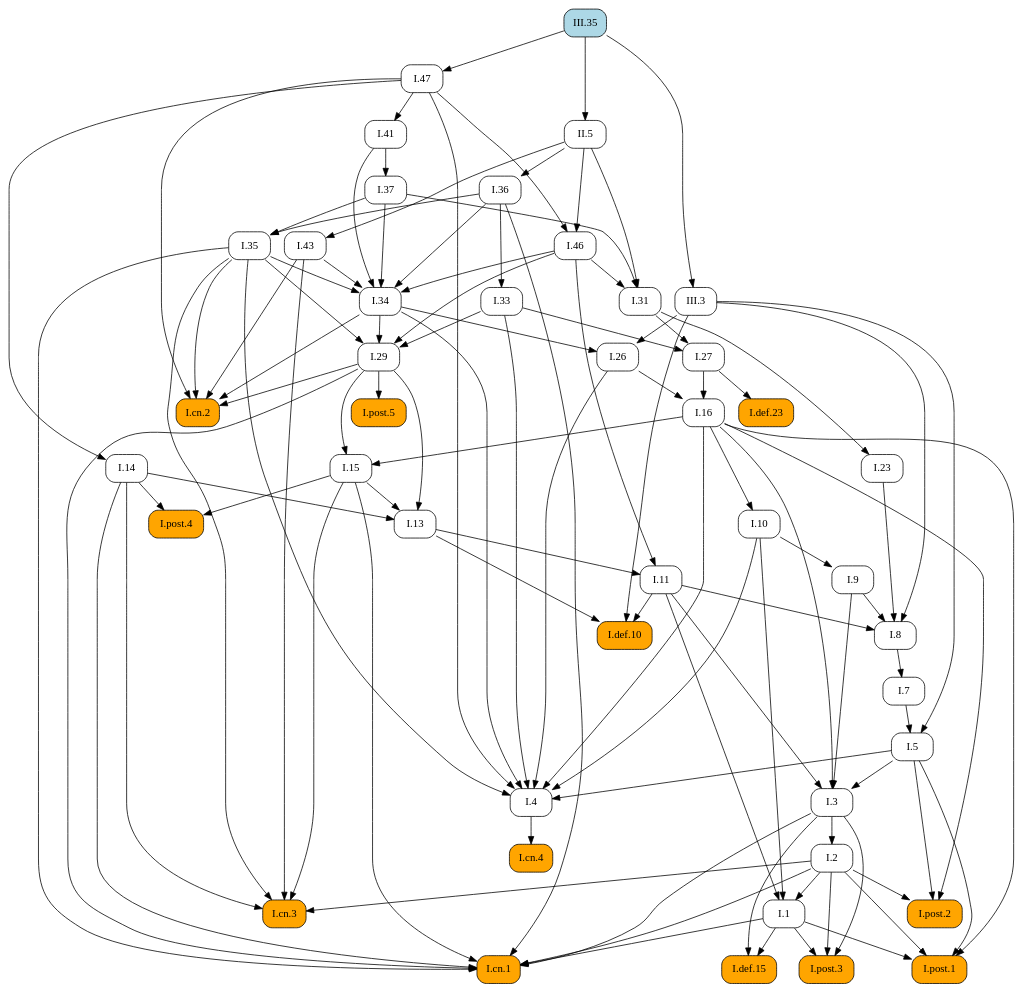
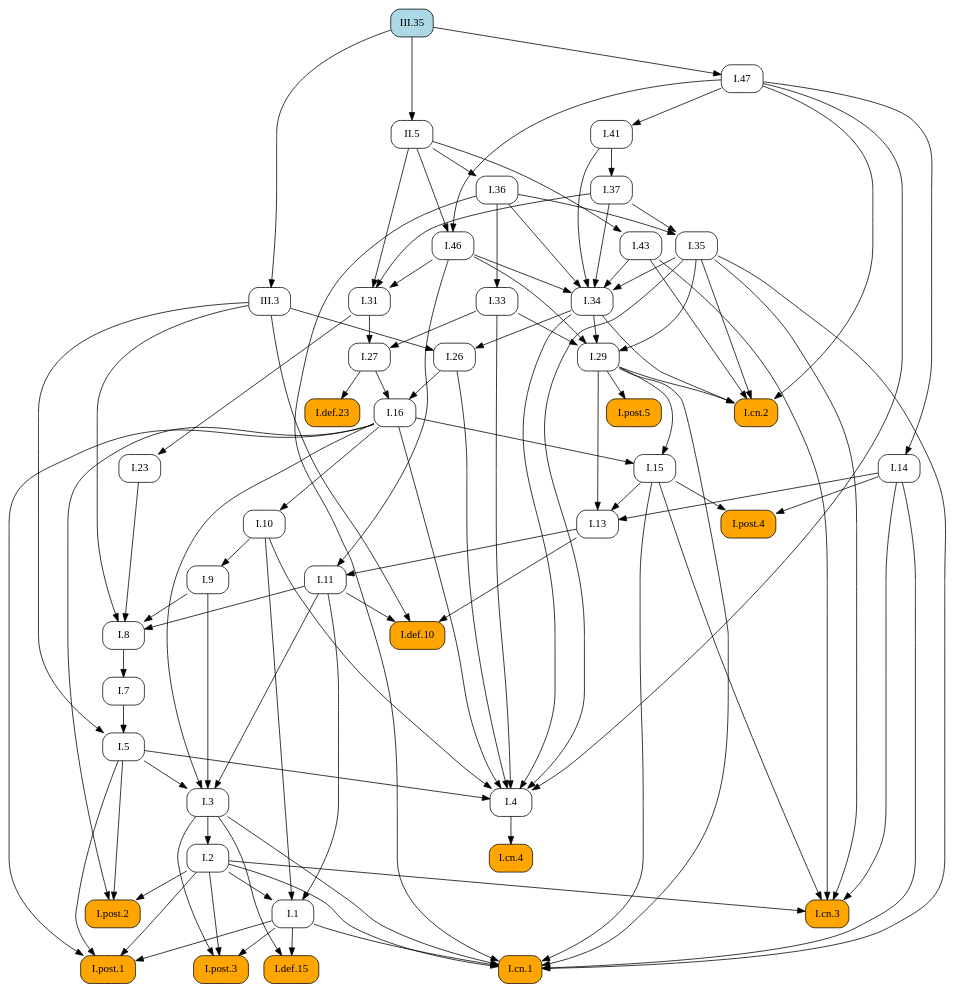
The diagram in docsrc/elements2/III/35/index.rst (geometor/elements), drawn with Graphviz before and after one commit. The commit also changed other lines of this file and 171 other files, not shown here.

```diff
--- a/docsrc/elements2/III/35/index.rst
+++ b/docsrc/elements2/III/35/index.rst
@@ -62,88 +62,131 @@
    digraph {
      rankdir="TB";
      node [shape=box, style=rounded];
+     "I.8" [URL="/elements2/I/8/", target="_top"];
+     "I.46" [URL="/elements2/I/46/", target="_top"];
+     "I.36" [URL="/elements2/I/36/", target="_top"];
+     "I.47" [URL="/elements2/I/47/", target="_top"];
+     "I.14" [URL="/elements2/I/14/", target="_top"];
+     "I.post.1" [style="rounded,filled", fillcolor=orange, URL="/elements2/I/post.1/", target="_top"];
+     "I.33" [URL="/elements2/I/33/", target="_top"];
+     "I.5" [URL="/elements2/I/5/", target="_top"];
+     "I.post.5" [style="rounded,filled", fillcolor=orange, URL="/elements2/I/post.5/", target="_top"];
+     "I.def.10" [style="rounded,filled", fillcolor=orange, URL="/elements2/I/def.10/", target="_top"];
+     "III.3" [URL="/elements2/III/3/", target="_top"];
+     "I.cn.2" [style="rounded,filled", fillcolor=orange, URL="/elements2/I/cn.2/", target="_top"];
+     "I.def.15" [style="rounded,filled", fillcolor=orange, URL="/elements2/I/def.15/", target="_top"];
+     "I.31" [URL="/elements2/I/31/", target="_top"];
+     "I.11" [URL="/elements2/I/11/", target="_top"];
+     "I.43" [URL="/elements2/I/43/", target="_top"];
+     "I.3" [URL="/elements2/I/3/", target="_top"];
+     "I.post.2" [style="rounded,filled", fillcolor=orange, URL="/elements2/I/post.2/", target="_top"];
+     "I.def.23" [style="rounded,filled", fillcolor=orange, URL="/elements2/I/def.23/", target="_top"];
+     "I.26" [URL="/elements2/I/26/", target="_top"];
+     "III.35" [style="rounded,filled", fillcolor=lightblue, URL="/elements2/III/35/", target="_top"];
+     "I.cn.3" [style="rounded,filled", fillcolor=orange, URL="/elements2/I/cn.3/", target="_top"];
+     "I.cn.4" [style="rounded,filled", fillcolor=orange, URL="/elements2/I/cn.4/", target="_top"];
+     "I.1" [URL="/elements2/I/1/", target="_top"];
+     "I.7" [URL="/elements2/I/7/", target="_top"];
+     "I.9" [URL="/elements2/I/9/", target="_top"];
+     "II.5" [URL="/elements2/II/5/", target="_top"];
+     "I.cn.1" [style="rounded,filled", fillcolor=orange, URL="/elements2/I/cn.1/", target="_top"];
+     "I.29" [URL="/elements2/I/29/", target="_top"];
+     "I.post.4" [style="rounded,filled", fillcolor=orange, URL="/elements2/I/post.4/", target="_top"];
+     "I.16" [URL="/elements2/I/16/", target="_top"];
+     "I.13" [URL="/elements2/I/13/", target="_top"];
+     "I.41" [URL="/elements2/I/41/", target="_top"];
+     "I.35" [URL="/elements2/I/35/", target="_top"];
+     "I.2" [URL="/elements2/I/2/", target="_top"];
      "I.37" [URL="/elements2/I/37/", target="_top"];
-     "I.def.10" [style="rounded,filled", fillcolor=orange, URL="/elements2/I/def.10/", target="_top"];
-     "I.46" [URL="/elements2/I/46/", target="_top"];
-     "I.47" [URL="/elements2/I/47/", target="_top"];
+     "I.27" [URL="/elements2/I/27/", target="_top"];
+     "I.4" [URL="/elements2/I/4/", target="_top"];
+     "I.10" [URL="/elements2/I/10/", target="_top"];
+     "I.15" [URL="/elements2/I/15/", target="_top"];
      "I.34" [URL="/elements2/I/34/", target="_top"];
-     "I.cn.4" [style="rounded,filled", fillcolor=orange, URL="/elements2/I/cn.4/", target="_top"];
-     "I.def.15" [style="rounded,filled", fillcolor=orange, URL="/elements2/I/def.15/", target="_top"];
+     "I.23" [URL="/elements2/I/23/", target="_top"];
      "I.post.3" [style="rounded,filled", fillcolor=orange, URL="/elements2/I/post.3/", target="_top"];
-     "I.41" [URL="/elements2/I/41/", target="_top"];
-     "I.36" [URL="/elements2/I/36/", target="_top"];
-     "I.27" [URL="/elements2/I/27/", target="_top"];
-     "III.35" [style="rounded,filled", fillcolor=lightblue, URL="/elements2/III/35/", target="_top"];
-     "I.post.2" [style="rounded,filled", fillcolor=orange, URL="/elements2/I/post.2/", target="_top"];
-     "I.13" [URL="/elements2/I/13/", target="_top"];
-     "I.10" [URL="/elements2/I/10/", target="_top"];
-     "I.post.1" [style="rounded,filled", fillcolor=orange, URL="/elements2/I/post.1/", target="_top"];
-     "I.7" [URL="/elements2/I/7/", target="_top"];
-     "I.14" [URL="/elements2/I/14/", target="_top"];
-     "I.11" [URL="/elements2/I/11/", target="_top"];
-     "II.5" [URL="/elements2/II/5/", target="_top"];
-     "I.4" [URL="/elements2/I/4/", target="_top"];
-     "I.16" [URL="/elements2/I/16/", target="_top"];
-     "I.def.23" [style="rounded,filled", fillcolor=orange, URL="/elements2/I/def.23/", target="_top"];
-     "I.9" [URL="/elements2/I/9/", target="_top"];
-     "I.8" [URL="/elements2/I/8/", target="_top"];
-     "I.cn.2" [style="rounded,filled", fillcolor=orange, URL="/elements2/I/cn.2/", target="_top"];
-     "I.23" [URL="/elements2/I/23/", target="_top"];
-     "I.26" [URL="/elements2/I/26/", target="_top"];
-     "I.15" [URL="/elements2/I/15/", target="_top"];
-     "I.post.5" [style="rounded,filled", fillcolor=orange, URL="/elements2/I/post.5/", target="_top"];
-     "I.2" [URL="/elements2/I/2/", target="_top"];
-     "I.1" [URL="/elements2/I/1/", target="_top"];
-     "I.35" [URL="/elements2/I/35/", target="_top"];
-     "III.3" [URL="/elements2/III/3/", target="_top"];
-     "I.43" [URL="/elements2/I/43/", target="_top"];
-     "I.33" [URL="/elements2/I/33/", target="_top"];
-     "I.31" [URL="/elements2/I/31/", target="_top"];
-     "I.post.4" [style="rounded,filled", fillcolor=orange, URL="/elements2/I/post.4/", target="_top"];
-     "I.cn.1" [style="rounded,filled", fillcolor=orange, URL="/elements2/I/cn.1/", target="_top"];
-     "I.3" [URL="/elements2/I/3/", target="_top"];
-     "I.cn.3" [style="rounded,filled", fillcolor=orange, URL="/elements2/I/cn.3/", target="_top"];
-     "I.29" [URL="/elements2/I/29/", target="_top"];
-     "I.5" [URL="/elements2/I/5/", target="_top"];
-     "I.41" -> "I.37";
-     "I.11" -> "I.def.10";
-     "I.13" -> "I.def.10";
-     "III.3" -> "I.def.10";
+     "I.9" -> "I.8";
+     "I.11" -> "I.8";
+     "I.23" -> "I.8";
+     "III.3" -> "I.8";
      "I.47" -> "I.46";
      "II.5" -> "I.46";
+     "II.5" -> "I.36";
      "III.35" -> "I.47";
-     "I.35" -> "I.34";
-     "I.36" -> "I.34";
-     "I.37" -> "I.34";
-     "I.41" -> "I.34";
-     "I.43" -> "I.34";
-     "I.46" -> "I.34";
-     "I.4" -> "I.cn.4";
-     "I.1" -> "I.def.15";
-     "I.3" -> "I.def.15";
-     "I.1" -> "I.post.3";
-     "I.2" -> "I.post.3";
-     "I.3" -> "I.post.3";
-     "I.47" -> "I.41";
-     "II.5" -> "I.36";
-     "I.31" -> "I.27";
-     "I.33" -> "I.27";
-     "I.2" -> "I.post.2";
-     "I.5" -> "I.post.2";
-     "I.16" -> "I.post.2";
-     "I.14" -> "I.13";
-     "I.15" -> "I.13";
-     "I.29" -> "I.13";
-     "I.16" -> "I.10";
+     "I.47" -> "I.14";
      "I.1" -> "I.post.1";
      "I.2" -> "I.post.1";
      "I.5" -> "I.post.1";
      "I.16" -> "I.post.1";
-     "I.8" -> "I.7";
-     "I.47" -> "I.14";
+     "I.36" -> "I.33";
+     "I.7" -> "I.5";
+     "III.3" -> "I.5";
+     "I.29" -> "I.post.5";
+     "I.11" -> "I.def.10";
+     "I.13" -> "I.def.10";
+     "III.3" -> "I.def.10";
+     "III.35" -> "III.3";
+     "I.29" -> "I.cn.2";
+     "I.34" -> "I.cn.2";
+     "I.35" -> "I.cn.2";
+     "I.43" -> "I.cn.2";
+     "I.47" -> "I.cn.2";
+     "I.1" -> "I.def.15";
+     "I.3" -> "I.def.15";
+     "I.37" -> "I.31";
+     "I.46" -> "I.31";
+     "II.5" -> "I.31";
      "I.13" -> "I.11";
      "I.46" -> "I.11";
+     "II.5" -> "I.43";
+     "I.5" -> "I.3";
+     "I.9" -> "I.3";
+     "I.11" -> "I.3";
+     "I.16" -> "I.3";
+     "I.2" -> "I.post.2";
+     "I.5" -> "I.post.2";
+     "I.16" -> "I.post.2";
+     "I.27" -> "I.def.23";
+     "I.34" -> "I.26";
+     "III.3" -> "I.26";
+     "I.2" -> "I.cn.3";
+     "I.14" -> "I.cn.3";
+     "I.15" -> "I.cn.3";
+     "I.35" -> "I.cn.3";
+     "I.43" -> "I.cn.3";
+     "I.4" -> "I.cn.4";
+     "I.2" -> "I.1";
+     "I.10" -> "I.1";
+     "I.11" -> "I.1";
+     "I.8" -> "I.7";
+     "I.10" -> "I.9";
      "III.35" -> "II.5";
+     "I.1" -> "I.cn.1";
+     "I.2" -> "I.cn.1";
+     "I.3" -> "I.cn.1";
+     "I.14" -> "I.cn.1";
+     "I.15" -> "I.cn.1";
+     "I.29" -> "I.cn.1";
+     "I.35" -> "I.cn.1";
+     "I.36" -> "I.cn.1";
+     "I.33" -> "I.29";
+     "I.34" -> "I.29";
+     "I.35" -> "I.29";
+     "I.46" -> "I.29";
+     "I.14" -> "I.post.4";
+     "I.15" -> "I.post.4";
+     "I.26" -> "I.16";
+     "I.27" -> "I.16";
+     "I.14" -> "I.13";
+     "I.15" -> "I.13";
+     "I.29" -> "I.13";
+     "I.47" -> "I.41";
+     "I.36" -> "I.35";
+     "I.37" -> "I.35";
+     "I.3" -> "I.2";
+     "I.41" -> "I.37";
+     "I.31" -> "I.27";
+     "I.33" -> "I.27";
      "I.5" -> "I.4";
      "I.10" -> "I.4";
      "I.16" -> "I.4";
@@ -152,60 +195,17 @@
      "I.34" -> "I.4";
      "I.35" -> "I.4";
      "I.47" -> "I.4";
-     "I.26" -> "I.16";
-     "I.27" -> "I.16";
-     "I.27" -> "I.def.23";
-     "I.10" -> "I.9";
-     "I.9" -> "I.8";
-     "I.11" -> "I.8";
-     "I.23" -> "I.8";
-     "III.3" -> "I.8";
-     "I.29" -> "I.cn.2";
-     "I.34" -> "I.cn.2";
-     "I.35" -> "I.cn.2";
-     "I.43" -> "I.cn.2";
-     "I.47" -> "I.cn.2";
-     "I.31" -> "I.23";
-     "I.34" -> "I.26";
-     "III.3" -> "I.26";
+     "I.16" -> "I.10";
      "I.16" -> "I.15";
      "I.29" -> "I.15";
-     "I.29" -> "I.post.5";
-     "I.3" -> "I.2";
-     "I.2" -> "I.1";
-     "I.10" -> "I.1";
-     "I.11" -> "I.1";
-     "I.36" -> "I.35";
-     "I.37" -> "I.35";
-     "III.35" -> "III.3";
-     "II.5" -> "I.43";
-     "I.36" -> "I.33";
-     "I.37" -> "I.31";
-     "I.46" -> "I.31";
-     "II.5" -> "I.31";
-     "I.14" -> "I.post.4";
-     "I.15" -> "I.post.4";
-     "I.1" -> "I.cn.1";
-     "I.2" -> "I.cn.1";
-     "I.3" -> "I.cn.1";
-     "I.14" -> "I.cn.1";
-     "I.15" -> "I.cn.1";
-     "I.29" -> "I.cn.1";
-     "I.35" -> "I.cn.1";
-     "I.36" -> "I.cn.1";
-     "I.5" -> "I.3";
-     "I.9" -> "I.3";
-     "I.11" -> "I.3";
-     "I.16" -> "I.3";
-     "I.2" -> "I.cn.3";
-     "I.14" -> "I.cn.3";
-     "I.15" -> "I.cn.3";
-     "I.35" -> "I.cn.3";
-     "I.43" -> "I.cn.3";
-     "I.33" -> "I.29";
-     "I.34" -> "I.29";
-     "I.35" -> "I.29";
-     "I.46" -> "I.29";
-     "I.7" -> "I.5";
-     "III.3" -> "I.5";
+     "I.35" -> "I.34";
+     "I.36" -> "I.34";
+     "I.37" -> "I.34";
+     "I.41" -> "I.34";
+     "I.43" -> "I.34";
+     "I.46" -> "I.34";
+     "I.31" -> "I.23";
+     "I.1" -> "I.post.3";
+     "I.2" -> "I.post.3";
+     "I.3" -> "I.post.3";
    }
```
